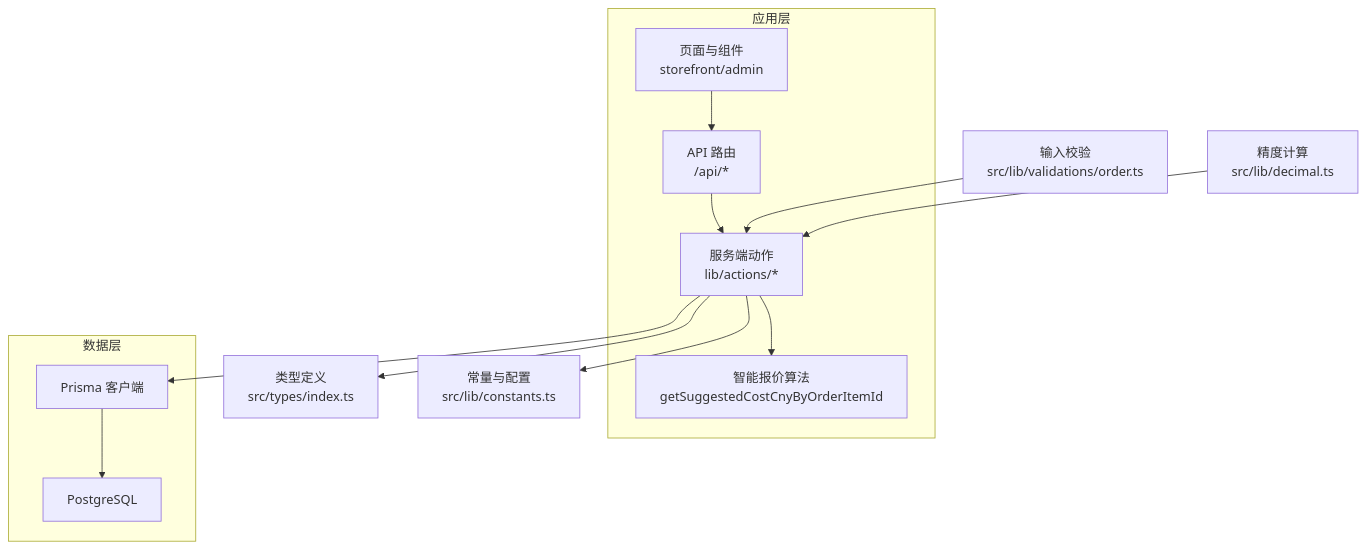
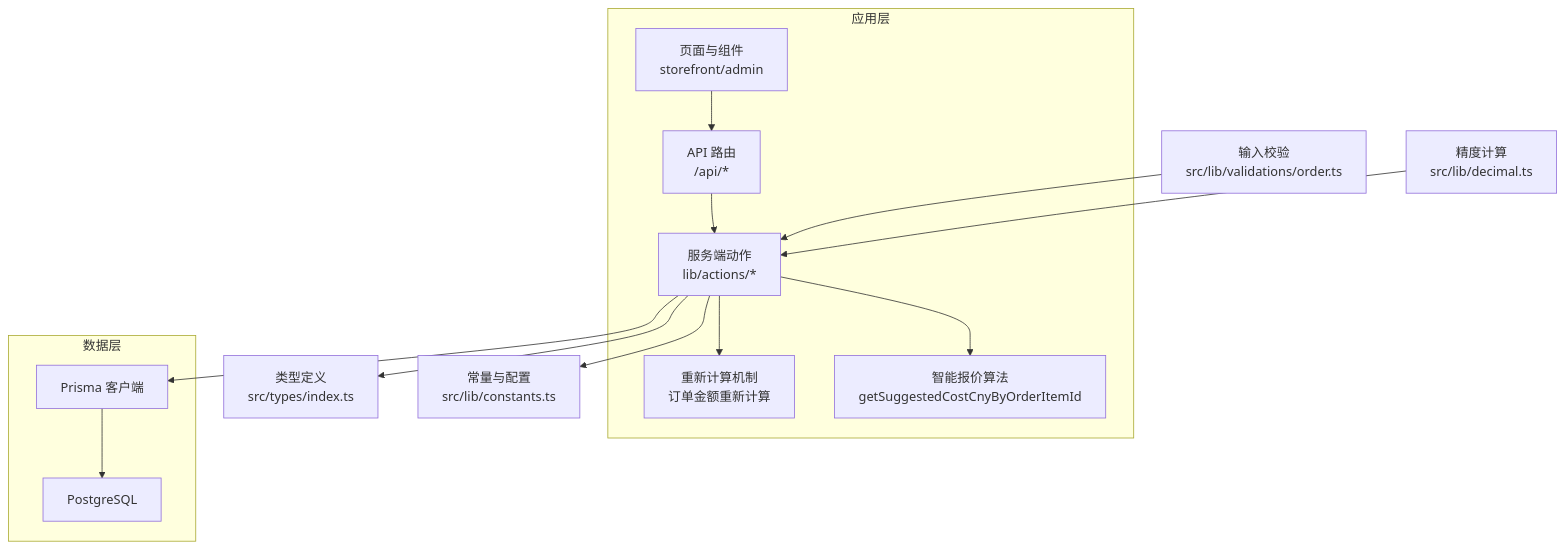
Before and after one commit to three3638-arch/celestia_2b: the first of 10 diagrams in .qoder/repowiki/zh/content/管理后台系统/订单管理系统.md, drawn with Mermaid. The commit also changed other lines of this file and 5 other files, not shown here.

````diff
--- a/.qoder/repowiki/zh/content/管理后台系统/订单管理系统.md
+++ b/.qoder/repowiki/zh/content/管理后台系统/订单管理系统.md
@@ -39,26 +40,28 @@
 ```mermaid
 graph TB
 subgraph "应用层"
 UI["页面与组件<br/>storefront/admin"]
 API["API 路由<br/>/api/*"]
 ACTIONS["服务端动作<br/>lib/actions/*"]
+RECOMPUTE["重新计算机制<br/>订单金额重新计算"]
 ENDQUOTE["智能报价算法<br/>getSuggestedCostCnyByOrderItemId"]
 end
 subgraph "数据层"
 PRISMA["Prisma 客户端"]
 DB["PostgreSQL"]
 end
 TYPES["类型定义<br/>src/types/index.ts"]
 CONST["常量与配置<br/>src/lib/constants.ts"]
 VALID["输入校验<br/>src/lib/validations/order.ts"]
 DECIMAL["精度计算<br/>src/lib/decimal.ts"]
 UI --> API
 API --> ACTIONS
+ACTIONS --> RECOMPUTE
 ACTIONS --> ENDQUOTE
 ACTIONS --> PRISMA
 PRISMA --> DB
 ACTIONS --> TYPES
 ACTIONS --> CONST
 VALID --> ACTIONS
 DECIMAL --> ACTIONS
 ```
````
